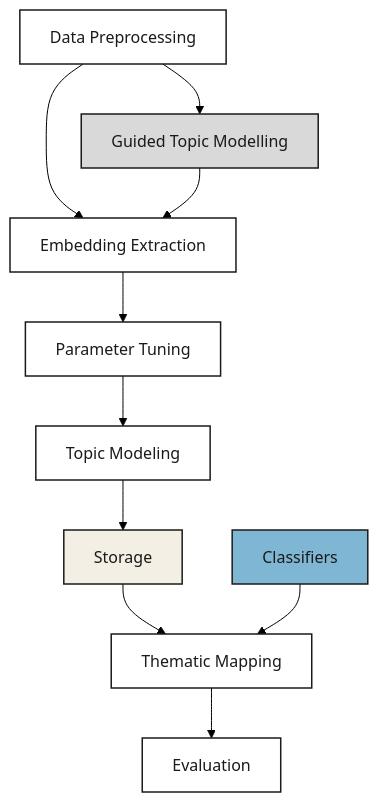
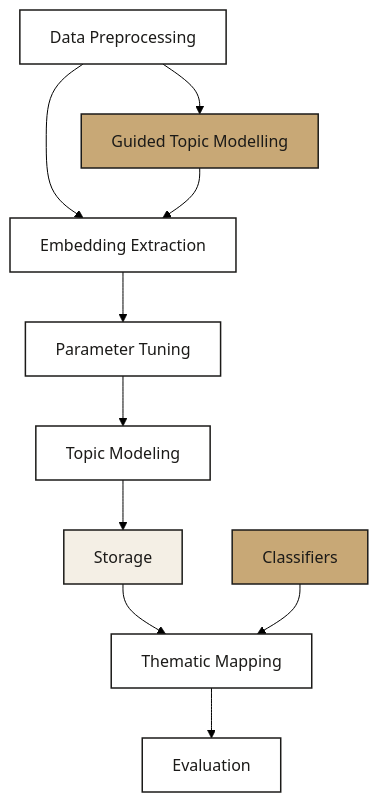
One commit to ay94/topic-modeling-recipes changed the fourth of 4 diagrams in docs/workflows/README.md. Above: the diagram before and after it, drawn with Mermaid (forest theme). The commit also changed other lines of this file, not shown here.

Commit message:
Fix diagram colours: use gold #C8A876 for optional/auxiliary nodes across all workflow diagrams

````diff
--- a/docs/workflows/README.md
+++ b/docs/workflows/README.md
@@ -180,22 +180,20 @@
 ```mermaid
 flowchart TD
     A[Data Preprocessing] --> H[Guided Topic Modelling]:::optional
     A --> B[Embedding Extraction]
     H --> B
     B --> C[Parameter Tuning]
     C --> D[Topic Modeling]
     D --> E[Storage]
     E --> F[Thematic Mapping]
-    CL[Classifiers]:::auxiliary --> F
+    CL[Classifiers]:::optional --> F
     F --> G[Evaluation]
 
     classDef process fill:#ffffff,stroke:#1B1A18,stroke-width:1.5px,color:#1B1A18
     classDef data fill:#F4EFE5,stroke:#1B1A18,stroke-width:1.5px,color:#1B1A18
-    classDef optional fill:#d9d9d9,stroke:#1B1A18,stroke-width:1.5px,color:#1B1A18
-    classDef auxiliary fill:#7EB6D4,stroke:#1B1A18,stroke-width:1.5px,color:#1B1A18
+    classDef optional fill:#C8A876,stroke:#1B1A18,stroke-width:1.5px,color:#1B1A18
 
     class A,B,C,D,F,G process
     class E data
-    class H optional
-    class CL auxiliary
+    class H,CL optional
 ```
````
